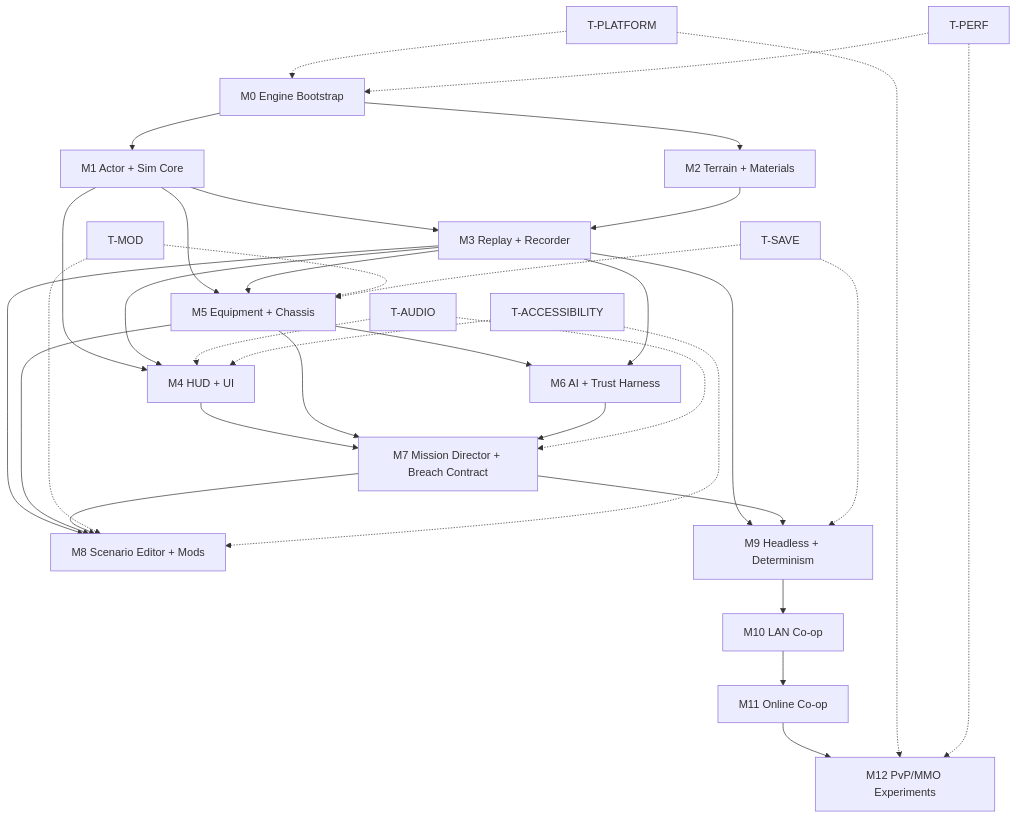
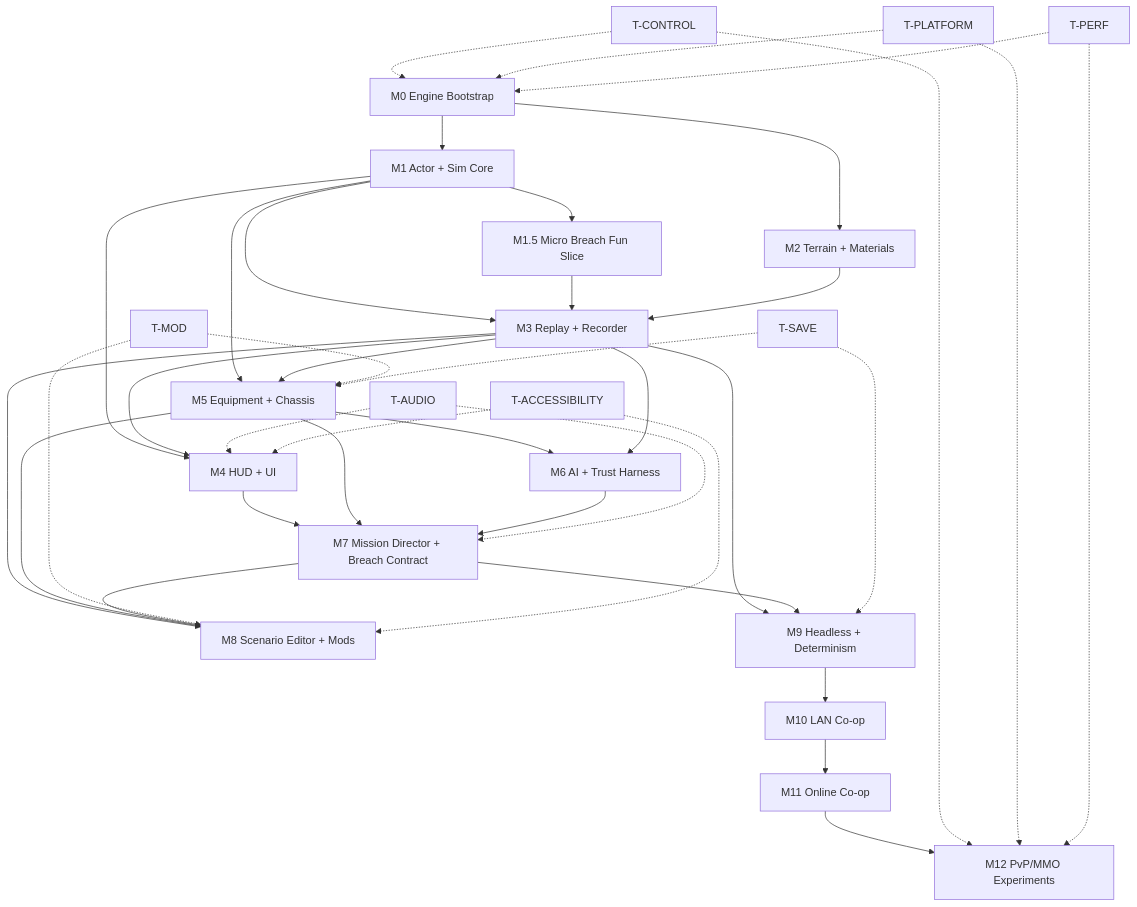
Before and after one commit to Madreag/corefall: the diagram in docs/plan/spec/prototype-roadmap.md, drawn with Mermaid. The commit also changed other lines of this file and 4 other files, not shown here.

````diff
--- a/docs/plan/spec/prototype-roadmap.md
+++ b/docs/plan/spec/prototype-roadmap.md
@@ -621,37 +1696,41 @@
 ```mermaid
 flowchart TB
   M0[M0 Engine Bootstrap] --> M1[M1 Actor + Sim Core]
+  M1 --> M15[M1.5 Micro Breach Fun Slice]
   M0 --> M2[M2 Terrain + Materials]
   M1 --> M3[M3 Replay + Recorder]
+  M15 --> M3
   M2 --> M3
   M1 --> M4[M4 HUD + UI]
   M3 --> M4
   M1 --> M5[M5 Equipment + Chassis]
   M3 --> M5
   M5 --> M6[M6 AI + Trust Harness]
   M3 --> M6
   M4 --> M7[M7 Mission Director + Breach Contract]
   M5 --> M7
   M6 --> M7
   M3 --> M8[M8 Scenario Editor + Mods]
   M5 --> M8
   M7 --> M8
   M3 --> M9[M9 Headless + Determinism]
   M7 --> M9
   M9 --> M10[M10 LAN Co-op]
   M10 --> M11[M11 Online Co-op]
   M11 --> M12[M12 PvP/MMO Experiments]
 
+  T0[T-CONTROL] -.-> M0
+  T0 -.-> M12
   T1[T-PLATFORM] -.-> M0
   T1 -.-> M12
   T2[T-MOD] -.-> M5
   T2 -.-> M8
   T3[T-AUDIO] -.-> M4
   T3 -.-> M7
   T4[T-SAVE] -.-> M5
   T4 -.-> M9
   T5[T-ACCESSIBILITY] -.-> M4
   T5 -.-> M8
   T6[T-PERF] -.-> M0
   T6 -.-> M12
 ```
````
